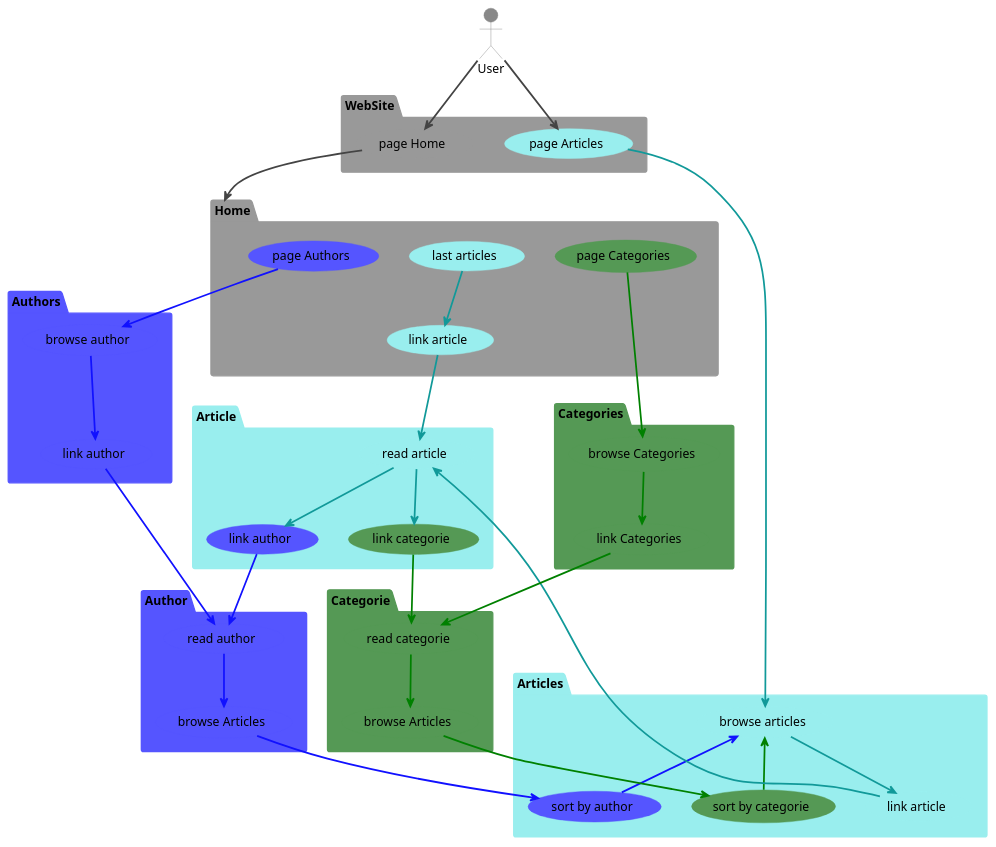
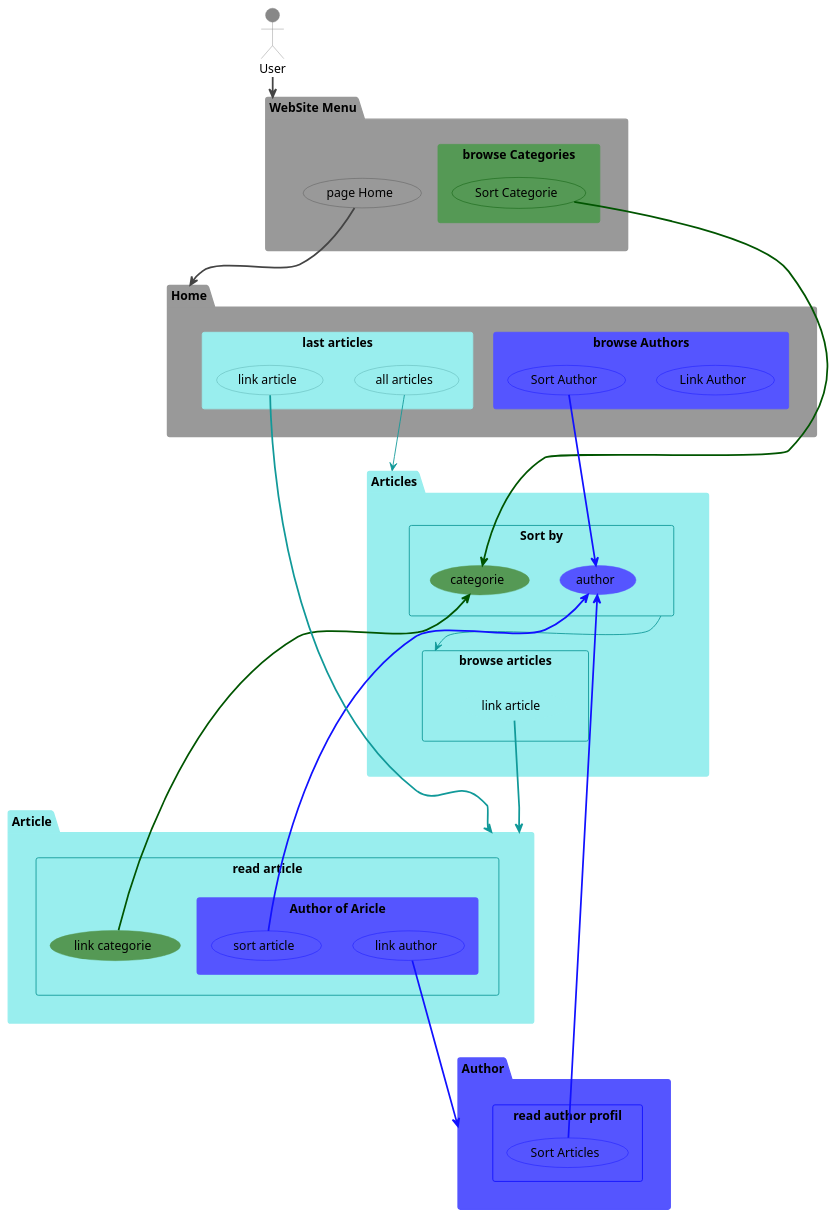
One commit to ohabille/maincore changed the diagram in diagrammesUml/userLogical.puml. Above: the diagram before and after it, drawn with PlantUML. The commit also changed 8 other files, not shown here.

Commit message:
Diagrammes WIP 16/05/2021

```diff
--- a/diagrammesUml/userLogical.puml
+++ b/diagrammesUml/userLogical.puml
@@ -1,74 +1,65 @@
 @startuml
+
+top to bottom direction
+
 actor User #888;line:888;
 
-package WebSite #999;line:999; {
-    usecase "page Home" as home #999;line:999;
-    usecase "page Articles" as articles #9EE;line:9EE;
+package "WebSite Menu" as WebSite #999;line:999; {
+    rectangle "browse Categories" #595;line:595; {
+        usecase "Sort Categorie" as SortCategories #595;line:050;
+    }
+    usecase "page Home" as PageHome #999;line:555;
 }
-User ==> home #line:444;
-User ==> articles #line:444;
+User ==> WebSite #line:444;
 
 package Home #999;line:999; {
-    usecase "page Categories" as linkHomeCategories #595;line:595;
-    usecase "page Authors" as linkHomeAuthors #55F;line:55F;
-    usecase "last articles" as linkHomeArticles #9EE;line:9EE;
-    usecase "link article" as linkHomeArticle #9EE;line:9EE;
+    rectangle "browse Authors" #55F;line:55F; {
+        usecase "Link Author" as LinkAuthors #55F;line:11F;
+        usecase "Sort Author" as SortAuthors #55F;line:11F;
+    }
+    rectangle "last articles" #9EE;line:9EE; {
+        usecase "all articles" as AllArticles #9EE;line:5AA;
+        usecase "link article" as LinkLastArticle #9EE;line:5AA;
+    }
 }
-linkHomeArticles ==> linkHomeArticle #line:199;
-home ==> Home #line:444;
+PageHome ==> Home #line:444;
 
 package Articles #9EE;line:9EE; {
-    usecase "browse articles" as BrowseArticle #9EE;line:9EE;
-    usecase "link article" as linkBrowseArticle #9EE;line:9EE;
-    usecase "sort by categorie" as sortCategorie #595;line:595;
-    usecase "sort by author" as sortAuthor #55F;line:55F;
+    rectangle "Sort by" as SortBy #9EE;line:199; {
+        usecase "categorie" as SortByCategorie #595;line:595;
+        usecase "author" as SortByAuthor #55F;line:55F;
+    }
+    SortCategories ==> SortByCategorie #line:050;
+    SortAuthors ==> SortByAuthor #line:11F;
+
+    rectangle "browse articles" as BrowseArticles #9EE;line:199; {
+        usecase "link article" as LinkBrowseArticle #9EE;line:9EE;
+    }
+    SortBy --> BrowseArticles #line:199;
 }
-BrowseArticle ==> linkBrowseArticle #line:199;
-BrowseArticle <== sortCategorie #line:green;
-BrowseArticle <== sortAuthor #line:11F;
-articles ==> BrowseArticle #line:199;
+AllArticles --> Articles #line:199;
 
 package Article #9EE;line:9EE; {
-    usecase "read article" as ReadArticle #9EE;line:9EE;
-    usecase "link categorie" as linkArticleCategorie #595;line:595;
-    usecase "link author" as linkArticleAuthor #55F;line:55F;
+    rectangle "read article" #9EE;line:199; {
+        usecase "link categorie" as SortArticleCategorie #595;line:595;
+        SortByCategorie <== SortArticleCategorie #line:050;
+
+        rectangle "Author of Aricle" #55F;line:55F; {
+            usecase "link author" as LinkArticleAuthor #55F;line:11F;
+            usecase "sort article" as SortArticlesAuthor #55F;line:11F;
+            SortByAuthor <== SortArticlesAuthor #line:11F;
+        }
+    }
 }
-ReadArticle ==> linkArticleCategorie #line:199;
-ReadArticle ==> linkArticleAuthor #line:199;
-linkHomeArticle ==> ReadArticle #line:199;
-linkBrowseArticle ==> ReadArticle #line:199;
-
-
-package Categories #595;line:595; {
-    usecase "browse Categories" as BrowseCategories #595;line:595;
-    usecase "link Categories" as linkBrowseCategorie #595;line:595;
-}
-BrowseCategories ==> linkBrowseCategorie #line:green;
-linkHomeCategories ==> BrowseCategories #line:green;
-
-package Categorie #595;line:595; {
-    usecase "read categorie" as ReadCategorie #595;line:595;
-    usecase "browse Articles" as linkSortCategorie #595;line:595;
-}
-ReadCategorie ==> linkSortCategorie #line:green;
-linkBrowseCategorie ==> ReadCategorie #line:green;
-linkArticleCategorie ==> ReadCategorie #line:green;
-linkSortCategorie ==> sortCategorie #line:green;
-
-package Authors #55F;line:55F; {
-    usecase "browse author" as BrowseAuthor #55F;line:55F;
-    usecase "link author" as linkBrowseAuthor #55F;line:55F;
-}
-BrowseAuthor ==> linkBrowseAuthor #line:11F;
-linkHomeAuthors ==> BrowseAuthor #line:11F;
+LinkLastArticle ==> Article #line:199;
+LinkBrowseArticle ==> Article #line:199;
 
 package Author #55F;line:55F; {
-    usecase "read author" as ReadAuthor #55F;line:55F;
-    usecase "browse Articles" as linkSortAuthor #55F;line:55F;
+    rectangle "read author profil" #55F;line:11F; {
+        usecase "Sort Articles" as SortAuthorArticles #55F;line:11F;
+        SortByAuthor <== SortAuthorArticles #line:11F;
+    }
 }
-ReadAuthor ==> linkSortAuthor #line:11F;
-linkBrowseAuthor ==> ReadAuthor #line:11F;
-linkArticleAuthor ==> ReadAuthor #line:11F;
-linkSortAuthor ==> sortAuthor #line:11F;
+LinkArticleAuthor ==> Author #line:11F;
 
 @enduml
```
